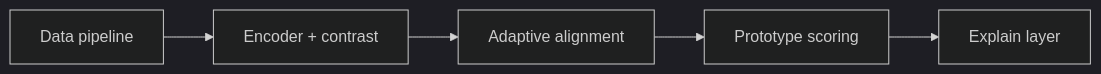
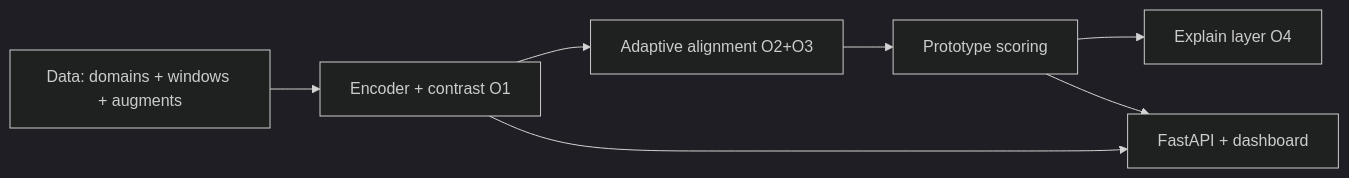
One commit to dti-tech-hub/Surya-1 changed the diagram in docs/DESIGN.md. Above: the diagram before and after it, drawn with Mermaid (dark theme). The commit also changed other lines of this file and 101 other files, not shown here.

````diff
--- a/docs/DESIGN.md
+++ b/docs/DESIGN.md
@@ -6,4 +5,9 @@
 ```mermaid
 flowchart LR
-  D[Data pipeline] --> E[Encoder + contrast] --> A[Adaptive alignment] --> S[Prototype scoring] --> X[Explain layer]
+  D[Data: domains + windows + augments] --> E[Encoder + contrast O1]
+  E --> A[Adaptive alignment O2+O3]
+  A --> S[Prototype scoring]
+  S --> X[Explain layer O4]
+  S --> API[FastAPI + dashboard]
+  E --> API
 ```
````
